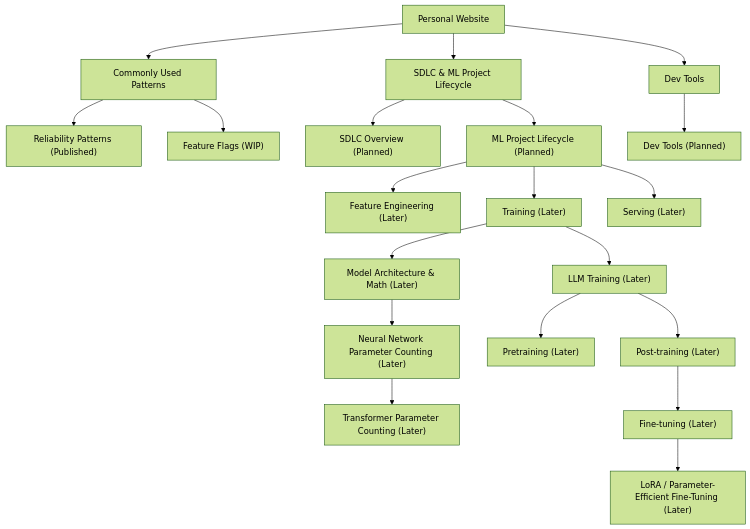
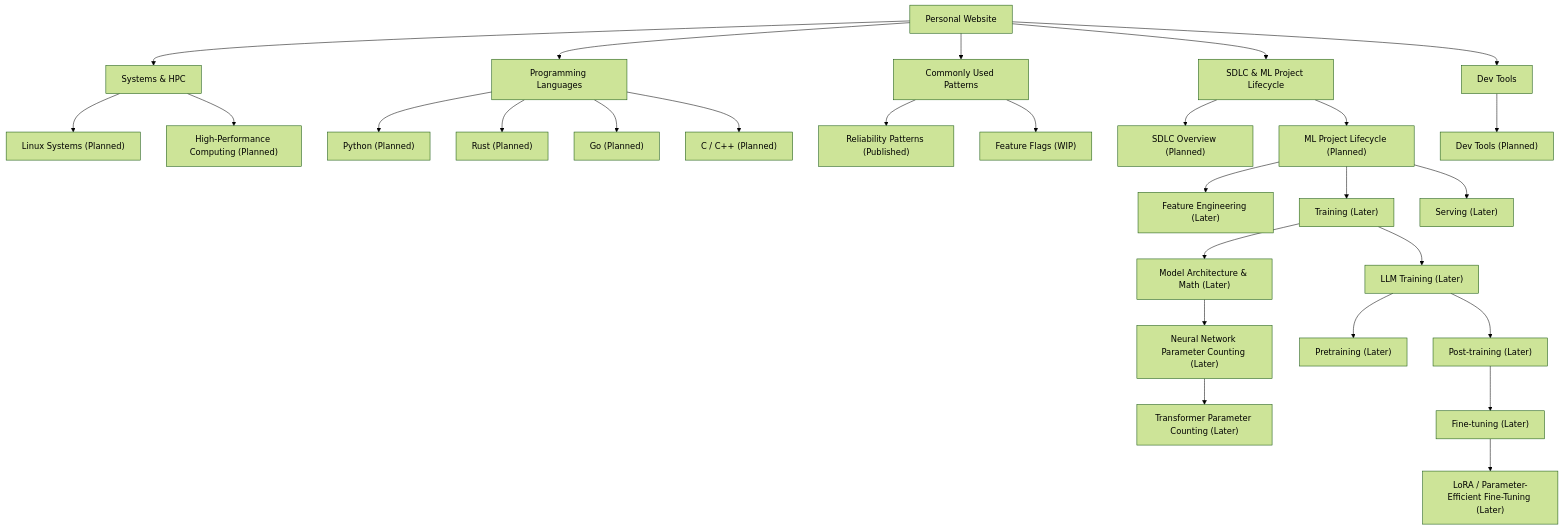
The diagram in src/roadmap/index.md (HCharlie/HCharlie.github.io), drawn with Mermaid (forest theme) before and after one commit. The commit also changed 2 other files, not shown here.

Commit message:
Expand systems and languages roadmap

```diff
--- a/src/roadmap/index.md
+++ b/src/roadmap/index.md
@@ -11,42 +11,58 @@
 <pre class="mermaid">
 flowchart TD
     Site["Personal Website"]
     Patterns["Commonly Used Patterns"]
     Lifecycle["SDLC &amp; ML Project Lifecycle"]
     Tools["Dev Tools"]
+    SystemsHPC["Systems &amp; HPC"]
+    LinuxSystems["Linux Systems (Planned)"]
+    HPC["High-Performance Computing (Planned)"]
+    Languages["Programming Languages"]
+    Python["Python (Planned)"]
+    Rust["Rust (Planned)"]
+    Go["Go (Planned)"]
+    CCpp["C / C++ (Planned)"]
     Reliability["Reliability Patterns (Published)"]
     FeatureFlags["Feature Flags (WIP)"]
     SDLC["SDLC Overview (Planned)"]
     ML["ML Project Lifecycle (Planned)"]
     FeatureEngineering["Feature Engineering (Later)"]
     Training["Training (Later)"]
     ModelMath["Model Architecture &amp; Math (Later)"]
     ParameterCounting["Neural Network Parameter Counting (Later)"]
     TransformerParams["Transformer Parameter Counting (Later)"]
     LLMTraining["LLM Training (Later)"]
     Pretraining["Pretraining (Later)"]
     PostTraining["Post-training (Later)"]
     FineTuning["Fine-tuning (Later)"]
     LoRA["LoRA / Parameter-Efficient Fine-Tuning (Later)"]
     Serving["Serving (Later)"]
 
     Site --> Patterns
     Site --> Lifecycle
     Site --> Tools
+    Site --> SystemsHPC
+    SystemsHPC --> LinuxSystems
+    SystemsHPC --> HPC
+    Site --> Languages
+    Languages --> Python
+    Languages --> Rust
+    Languages --> Go
+    Languages --> CCpp
     Patterns --> Reliability
     Patterns --> FeatureFlags
     Lifecycle --> SDLC
     Lifecycle --> ML
     Tools --> DevTools["Dev Tools (Planned)"]
     ML --> FeatureEngineering
     ML --> Training
     ML --> Serving
     Training --> ModelMath
     ModelMath --> ParameterCounting
     ParameterCounting --> TransformerParams
     Training --> LLMTraining
     LLMTraining --> Pretraining
     LLMTraining --> PostTraining
     PostTraining --> FineTuning
     FineTuning --> LoRA
 </pre>
```
